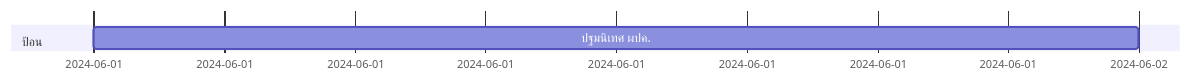
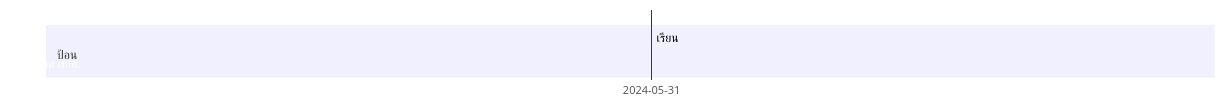
One commit to Kietpawpan/p4 changed the second of 2 diagrams in README.md. Above: the diagram before and after it, drawn with Mermaid.

````diff
--- a/README.md
+++ b/README.md
@@ -15,5 +15,6 @@
 ```mermaid
 gantt
     section ป้อน
-    ปฐมนิเทศ ผปค. : des1, 2024-06-01, 1d
+    เรียน : des1, 2024-05-31, 2024-06-01
+    ปฐมนิเทศ ผปค. : des1, after des1, 1d
 ```
````
